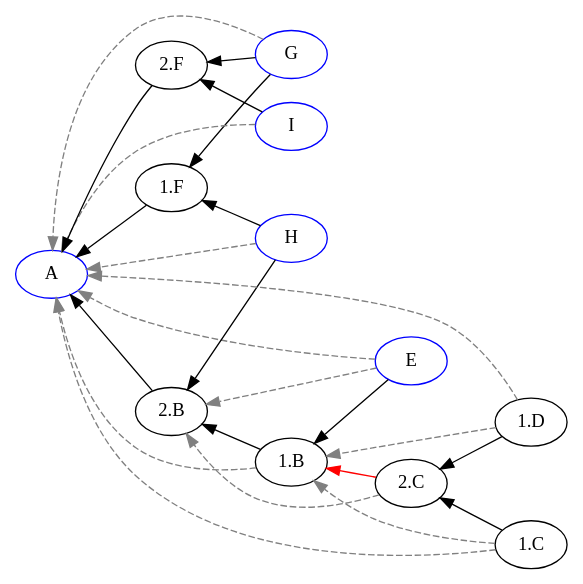
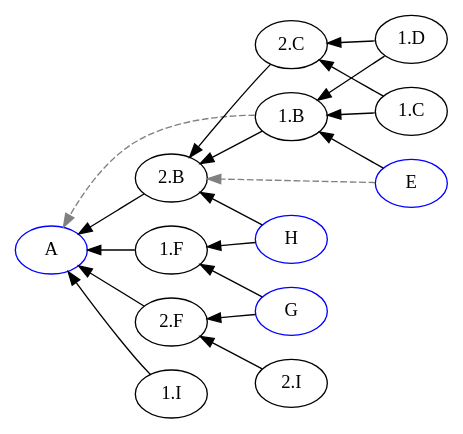
The diagram in example/output/abstract/abstract.dot (EulerProject/EulerX), drawn with Graphviz before and after one commit. The commit also changed 5 other files, not shown here.

```diff
--- a/example/output/abstract/abstract.dot
+++ b/example/output/abstract/abstract.dot
@@ -1,34 +1,27 @@
 digraph {
 
 rankdir = RL
 
 "A" [color=blue];
 "E" [color=blue];
 "G" [color=blue];
 "H" [color=blue];
-"I" [color=blue];
+"1.C" -> "1.B" [style=filled, color=black];
+"1.D" -> "1.B" [style=filled, color=black];
+"2.C" -> "2.B" [style=filled, color=black];
+"2.I" -> "2.F" [style=filled, color=black];
 "1.B" -> "2.B" [style=filled, color=black];
 "1.C" -> "2.C" [style=filled, color=black];
 "1.D" -> "2.C" [style=filled, color=black];
-"2.C" -> "1.B" [style=filled, color=red];
+"1.F" -> "A" [style=filled, color=black];
+"1.I" -> "A" [style=filled, color=black];
 "2.B" -> "A" [style=filled, color=black];
 "2.F" -> "A" [style=filled, color=black];
-"1.F" -> "A" [style=filled, color=black];
 "E" -> "1.B" [style=filled, color=black];
 "G" -> "1.F" [style=filled, color=black];
 "G" -> "2.F" [style=filled, color=black];
 "H" -> "1.F" [style=filled, color=black];
 "H" -> "2.B" [style=filled, color=black];
-"I" -> "2.F" [style=filled, color=black];
-"1.C" -> "A" [style=dashed, color=grey];
-"1.D" -> "A" [style=dashed, color=grey];
 "1.B" -> "A" [style=dashed, color=grey];
-"1.C" -> "1.B" [style=dashed, color=grey];
-"1.D" -> "1.B" [style=dashed, color=grey];
-"2.C" -> "2.B" [style=dashed, color=grey];
 "E" -> "2.B" [style=dashed, color=grey];
-"E" -> "A" [style=dashed, color=grey];
-"G" -> "A" [style=dashed, color=grey];
-"H" -> "A" [style=dashed, color=grey];
-"I" -> "A" [style=dashed, color=grey];
 }
```
